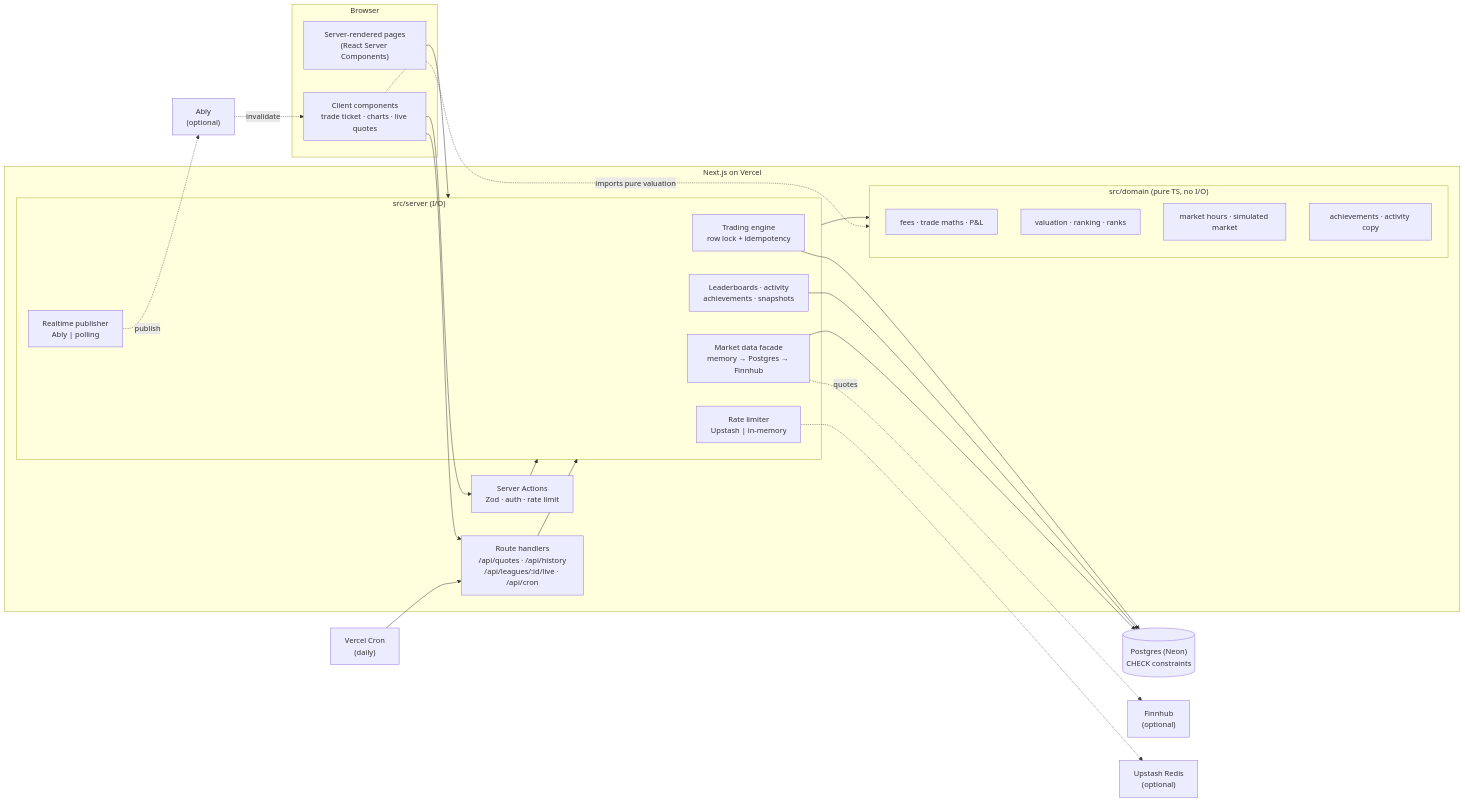
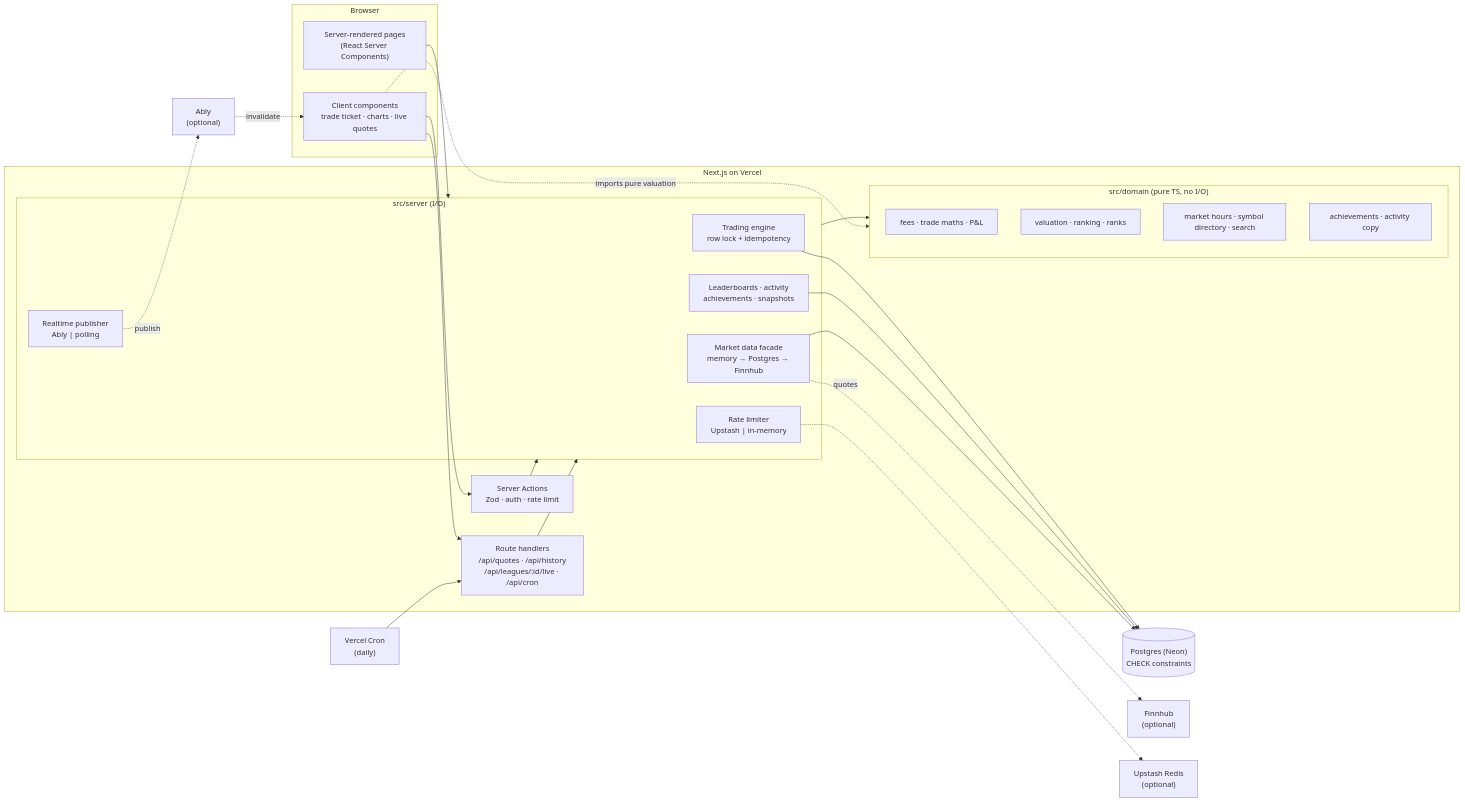
One commit to wr7mdmf7h4-cmyk/bullpen changed the first of 2 diagrams in README.md. Above: the diagram before and after it, drawn with Mermaid. The commit also changed other lines of this file and 76 other files, not shown here.

````diff
--- a/README.md
+++ b/README.md
@@ -74,47 +65,47 @@
 ```mermaid
 flowchart LR
   subgraph Browser
     RSC["Server-rendered pages<br/>(React Server Components)"]
     CC["Client components<br/>trade ticket · charts · live quotes"]
   end
 
   subgraph Next["Next.js on Vercel"]
     SA["Server Actions<br/>Zod · auth · rate limit"]
     RH["Route handlers<br/>/api/quotes · /api/history<br/>/api/leagues/:id/live · /api/cron"]
     subgraph Server["src/server (I/O)"]
       TE["Trading engine<br/>row lock + idempotency"]
       MD["Market data facade<br/>memory → Postgres → Finnhub"]
       LB["Leaderboards · activity<br/>achievements · snapshots"]
       RT["Realtime publisher<br/>Ably | polling"]
       RL["Rate limiter<br/>Upstash | in-memory"]
     end
     subgraph Domain["src/domain (pure TS, no I/O)"]
       D1["fees · trade maths · P&L"]
       D2["valuation · ranking · ranks"]
-      D3["market hours · simulated market"]
+      D3["market hours · symbol directory · search"]
       D4["achievements · activity copy"]
     end
   end
 
   PG[("Postgres (Neon)<br/>CHECK constraints")]
   FH["Finnhub<br/>(optional)"]
   AB["Ably<br/>(optional)"]
   UP["Upstash Redis<br/>(optional)"]
   CRON["Vercel Cron<br/>(daily)"]
 
   CC --> SA
   CC --> RH
   RSC --> Server
   SA --> Server
   RH --> Server
   Server --> Domain
   TE --> PG
   LB --> PG
   MD --> PG
   MD -. quotes .-> FH
   RT -. publish .-> AB
   AB -. invalidate .-> CC
   RL -.-> UP
   CRON --> RH
   CC -. imports pure valuation .-> Domain
 ```
````
